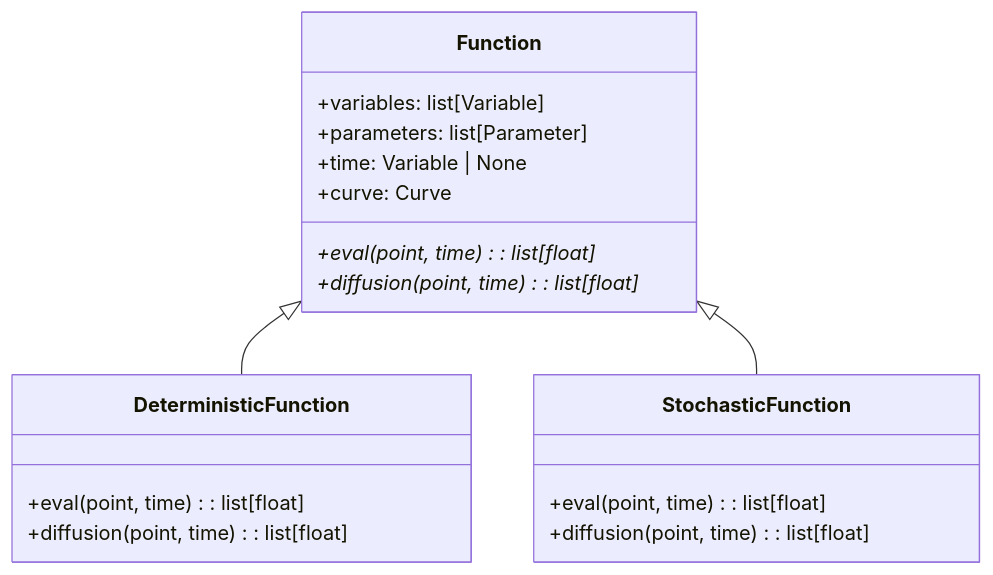
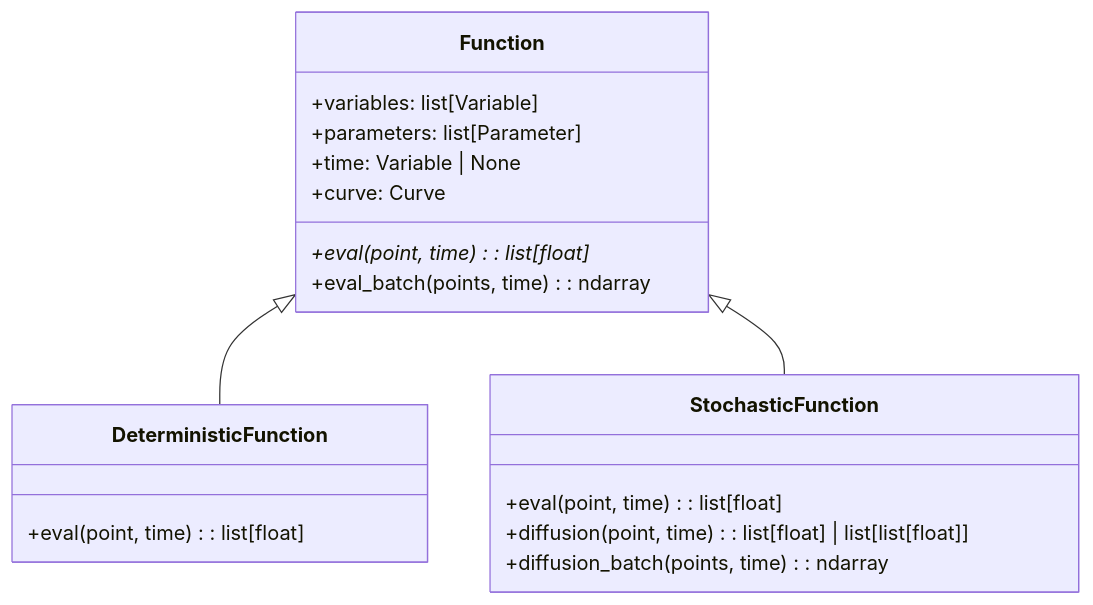
One commit to snoodleboot-io/discrecontinual_equations changed the diagram in discrecontinual_equations/function/FUNCTION.md. Above: the diagram before and after it, drawn with Mermaid. The commit also changed other lines of this file and 17 other files, not shown here.

````diff
--- a/discrecontinual_equations/function/FUNCTION.md
+++ b/discrecontinual_equations/function/FUNCTION.md
@@ -71,24 +61,24 @@
 ```mermaid
 classDiagram
     class Function {
         +variables: list[Variable]
         +parameters: list[Parameter]
         +time: Variable | None
         +curve: Curve
         +eval(point, time)*: list[float]
-        +diffusion(point, time)*: list[float]
+        +eval_batch(points, time): ndarray
     }
 
     class DeterministicFunction {
         +eval(point, time): list[float]
-        +diffusion(point, time): list[float]
     }
 
     class StochasticFunction {
         +eval(point, time): list[float]
-        +diffusion(point, time): list[float]
+        +diffusion(point, time): list[float] | list[list[float]]
+        +diffusion_batch(points, time): ndarray
     }
 
     Function <|-- DeterministicFunction
     Function <|-- StochasticFunction
 ```
````
